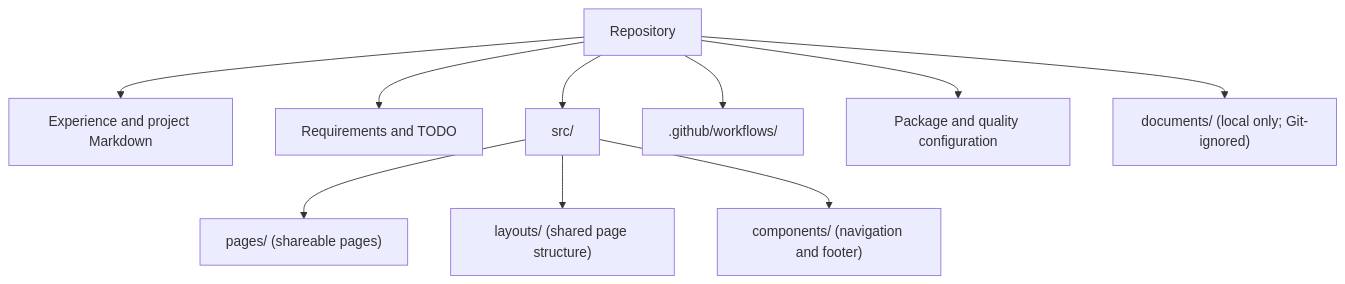
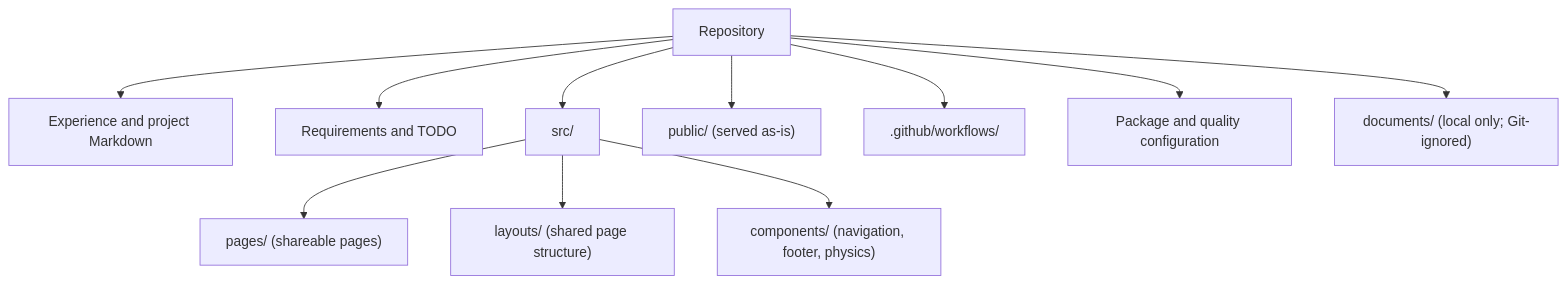
The first of 2 diagrams in README.MD (6210/dfpf-26-27), drawn with Mermaid before and after one commit. The commit also changed other lines of this file and 13 other files, not shown here.

````diff
--- a/README.MD
+++ b/README.MD
@@ -121,13 +122,14 @@
 ```mermaid
 flowchart TD
     Repo["Repository"]
     Repo --> References["Experience and project Markdown"]
     Repo --> Planning["Requirements and TODO"]
     Repo --> Source["src/"]
     Source --> Pages["pages/ (shareable pages)"]
     Source --> Layout["layouts/ (shared page structure)"]
-    Source --> Components["components/ (navigation and footer)"]
+    Source --> Components["components/ (navigation, footer, physics)"]
+    Repo --> Public["public/ (served as-is)"]
     Repo --> Workflow[".github/workflows/"]
     Repo --> Config["Package and quality configuration"]
     Repo --> Local["documents/ (local only; Git-ignored)"]
 ```
````
